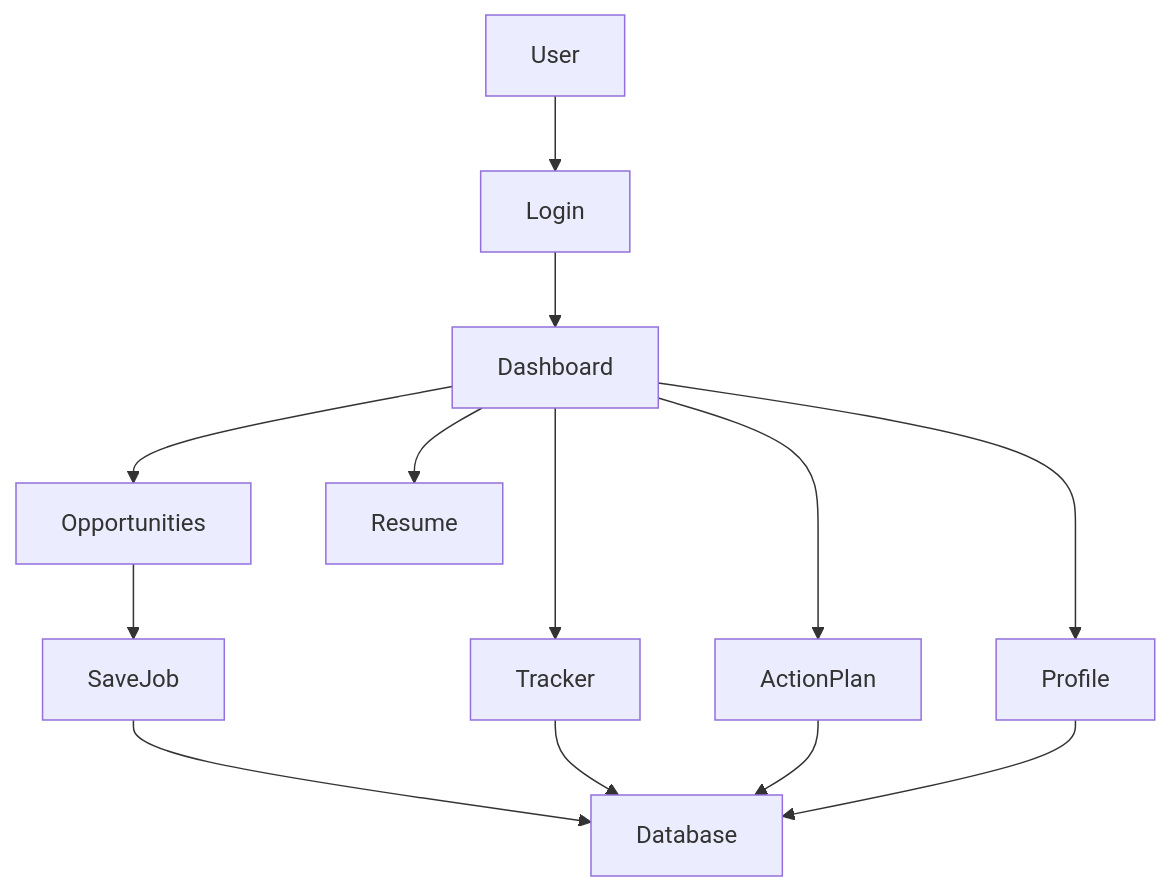
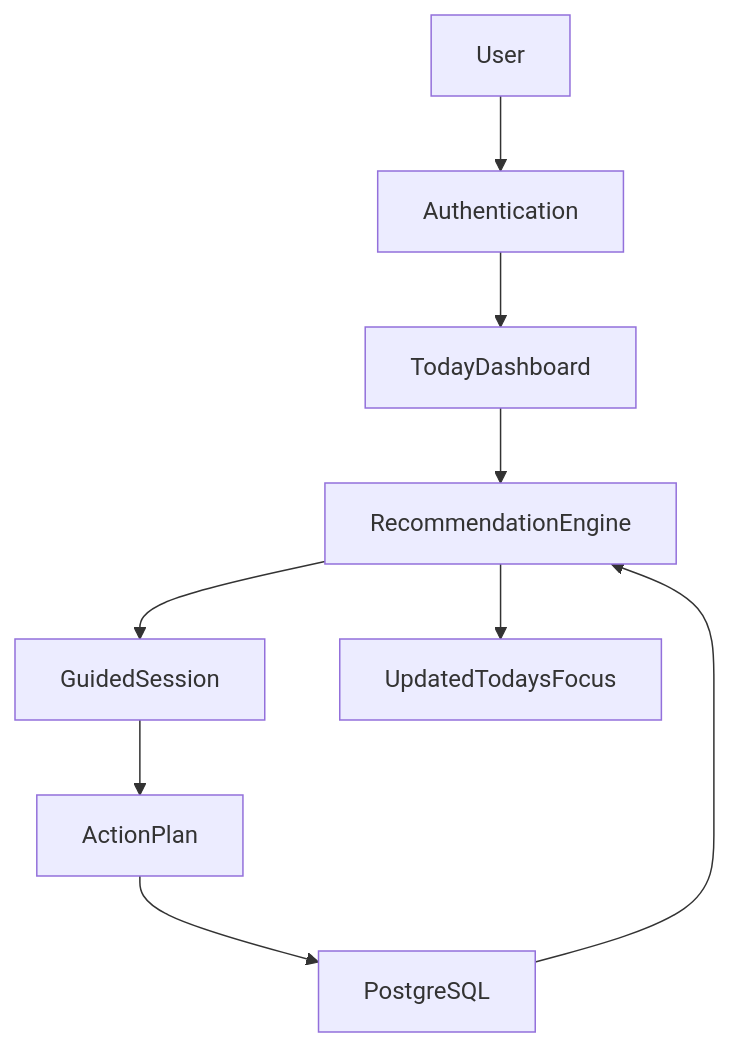
The second of 3 diagrams in README.md (ashlibriggs/career-companion), drawn with Mermaid before and after one commit. The commit also changed other lines of this file, not shown here.

````diff
--- a/README.md
+++ b/README.md
@@ -265,27 +316,21 @@
 ```mermaid
 flowchart TD
 
-User --> Login
+User
 
-Login --> Dashboard
+User --> Authentication
 
-Dashboard --> Opportunities
+Authentication --> TodayDashboard
 
-Dashboard --> Tracker
+TodayDashboard --> RecommendationEngine
 
-Dashboard --> ActionPlan
+RecommendationEngine --> GuidedSession
 
-Dashboard --> Resume
+GuidedSession --> ActionPlan
 
-Dashboard --> Profile
+ActionPlan --> PostgreSQL
 
-Opportunities --> SaveJob
+PostgreSQL --> RecommendationEngine
 
-SaveJob --> Database
-
-Tracker --> Database
-
-ActionPlan --> Database
-
-Profile --> Database
+RecommendationEngine --> UpdatedTodaysFocus
 ```
````
